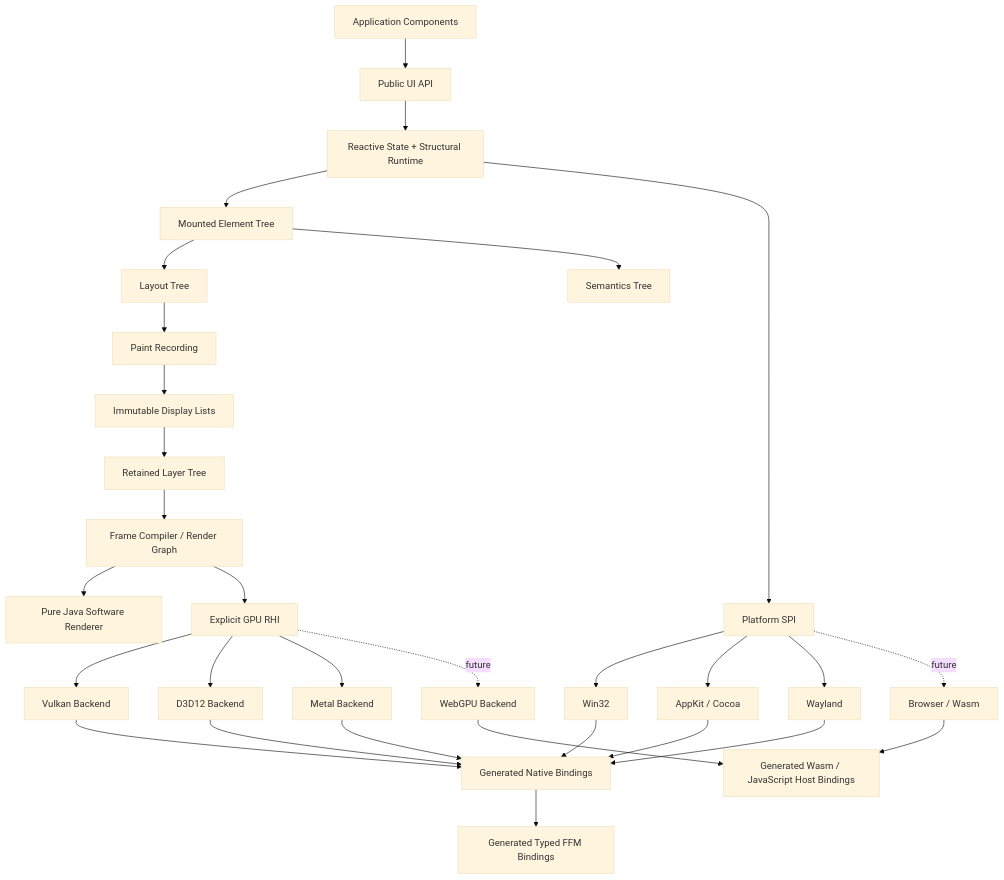
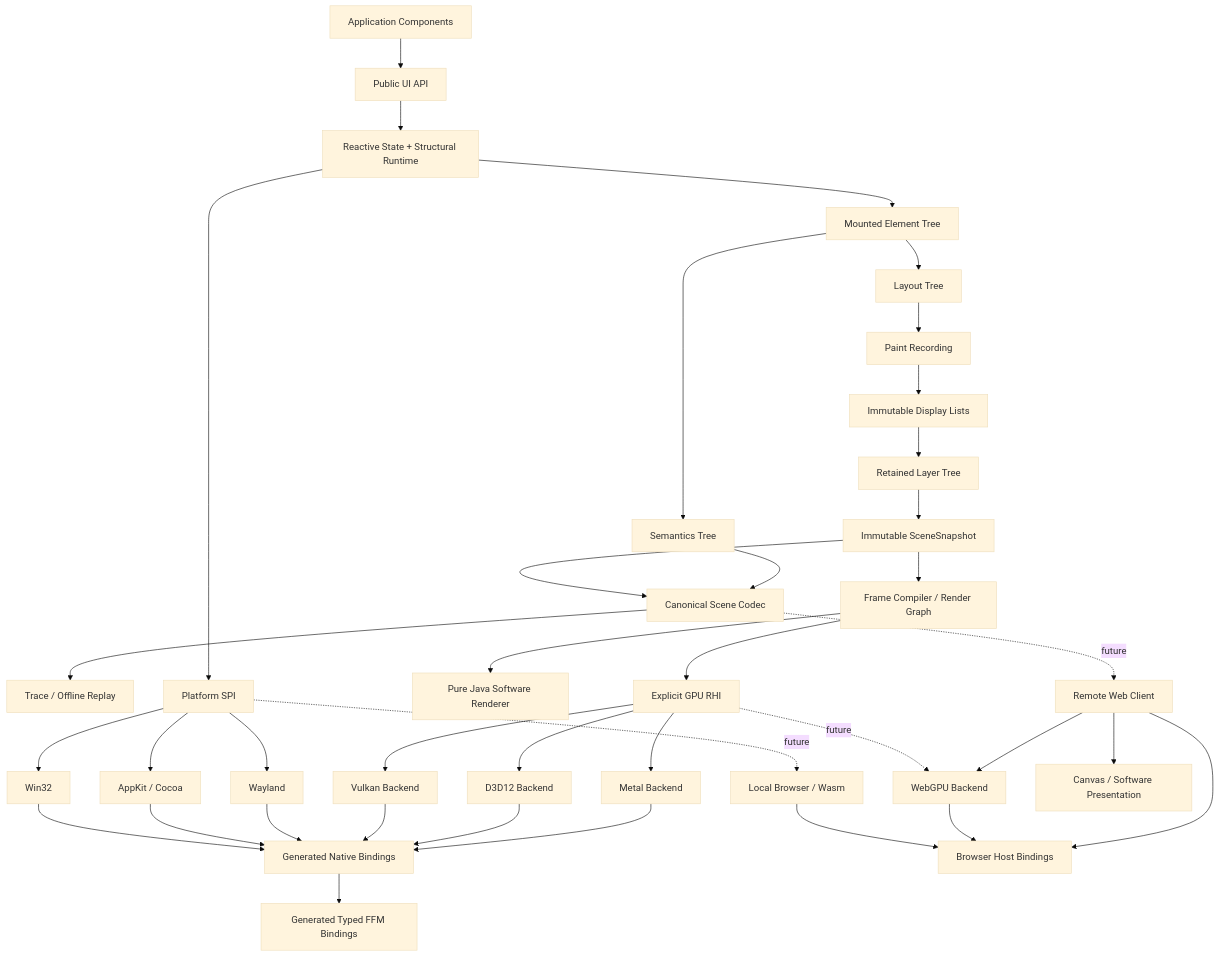
The diagram in PLANS.md (Glavo/HimariUI), drawn with Mermaid (base theme) before and after one commit. The commit also changed other lines of this file, not shown here.

Commit message:
Expand future platform and remote rendering plans

````diff
--- a/PLANS.md
+++ b/PLANS.md
@@ -284,32 +295,40 @@
 ```mermaid
 flowchart TD
     App[Application Components] --> API[Public UI API]
     API --> Runtime[Reactive State + Structural Runtime]
     Runtime --> Element[Mounted Element Tree]
     Element --> Layout[Layout Tree]
     Element --> Semantics[Semantics Tree]
     Layout --> Paint[Paint Recording]
     Paint --> DisplayList[Immutable Display Lists]
     DisplayList --> Layer[Retained Layer Tree]
-    Layer --> FrameCompiler[Frame Compiler / Render Graph]
+    Layer --> Scene[Immutable SceneSnapshot]
+    Scene --> FrameCompiler[Frame Compiler / Render Graph]
+    Scene --> SceneCodec[Canonical Scene Codec]
+    Semantics --> SceneCodec
+    SceneCodec --> Replay[Trace / Offline Replay]
+    SceneCodec -. future .-> RemoteWeb[Remote Web Client]
     FrameCompiler --> Software[Pure Java Software Renderer]
     FrameCompiler --> RHI[Explicit GPU RHI]
     RHI --> Vulkan[Vulkan Backend]
     RHI --> D3D12[D3D12 Backend]
     RHI --> Metal[Metal Backend]
     RHI -. future .-> WebGPU[WebGPU Backend]
     Runtime --> Platform[Platform SPI]
     Platform --> Windows[Win32]
     Platform --> Mac[AppKit / Cocoa]
     Platform --> Wayland[Wayland]
-    Platform -. future .-> Browser[Browser / Wasm]
+    Platform -. future .-> Browser[Local Browser / Wasm]
     Windows --> NativeAccess[Generated Native Bindings]
     Mac --> NativeAccess
     Wayland --> NativeAccess
     Vulkan --> NativeAccess
     D3D12 --> NativeAccess
     Metal --> NativeAccess
     NativeAccess --> FFM[Generated Typed FFM Bindings]
-    Browser --> WebHost[Generated Wasm / JavaScript Host Bindings]
+    Browser --> WebHost[Browser Host Bindings]
     WebGPU --> WebHost
+    RemoteWeb --> WebHost
+    RemoteWeb --> WebGPU
+    RemoteWeb --> Canvas[Canvas / Software Presentation]
 ```
````
